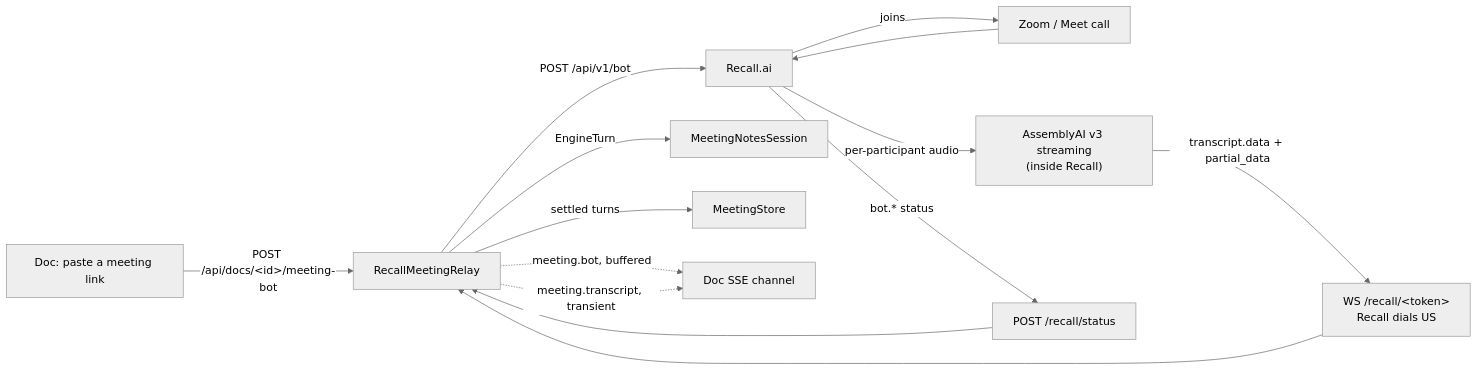
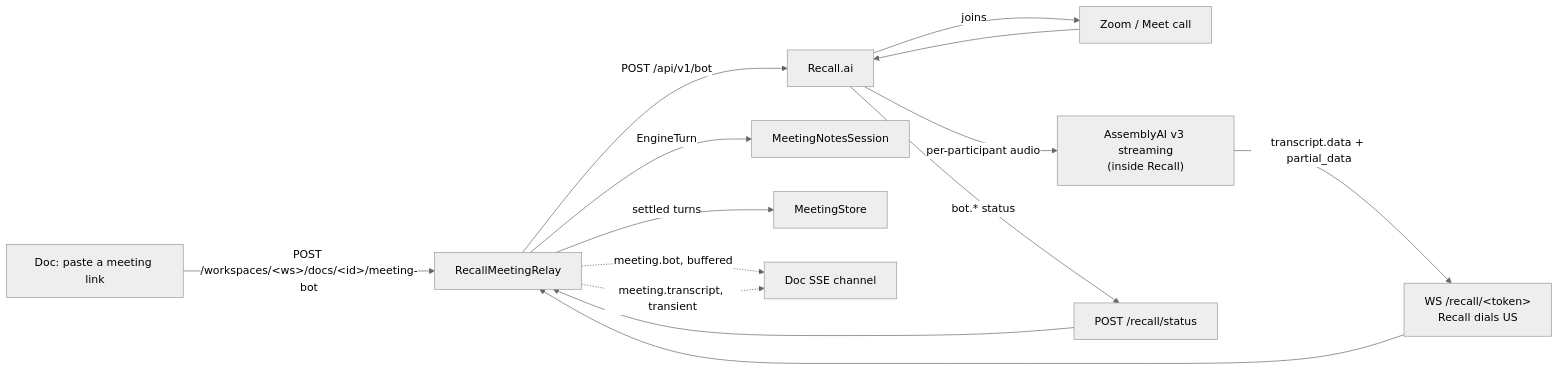
One commit to fryanpan/claude-live-feedback-plugin changed the second of 2 diagrams in docs/architecture/meeting-assistant.md. Above: the diagram before and after it, drawn with Mermaid (neutral theme). The commit also changed other lines of this file and 345 other files, not shown here.

````diff
--- a/docs/architecture/meeting-assistant.md
+++ b/docs/architecture/meeting-assistant.md
@@ -370,16 +370,16 @@
 ```mermaid
 flowchart LR
-  Doc["Doc: paste a meeting link"] -->|POST /api/docs/&lt;id&gt;/meeting-bot| API[RecallMeetingRelay]
+  Doc["Doc: paste a meeting link"] -->|POST /workspaces/&lt;ws&gt;/docs/&lt;id&gt;/meeting-bot| API[RecallMeetingRelay]
   API -->|POST /api/v1/bot| Recall[Recall.ai]
   Recall -->|joins| Call["Zoom / Meet call"]
   Call --> Recall
   Recall -->|per-participant audio| AAI["AssemblyAI v3 streaming<br/>(inside Recall)"]
   AAI -->|transcript.data + partial_data| WS["WS /recall/&lt;token&gt;<br/>Recall dials US"]
   WS --> API
   Recall -->|bot.* status| Hook["POST /recall/status"]
   Hook --> API
   API -->|EngineTurn| Notes[MeetingNotesSession]
   API -->|settled turns| Store[MeetingStore]
   API -.->|meeting.bot, buffered| SSE[Doc SSE channel]
   API -.->|meeting.transcript, transient| SSE
 ```
````
